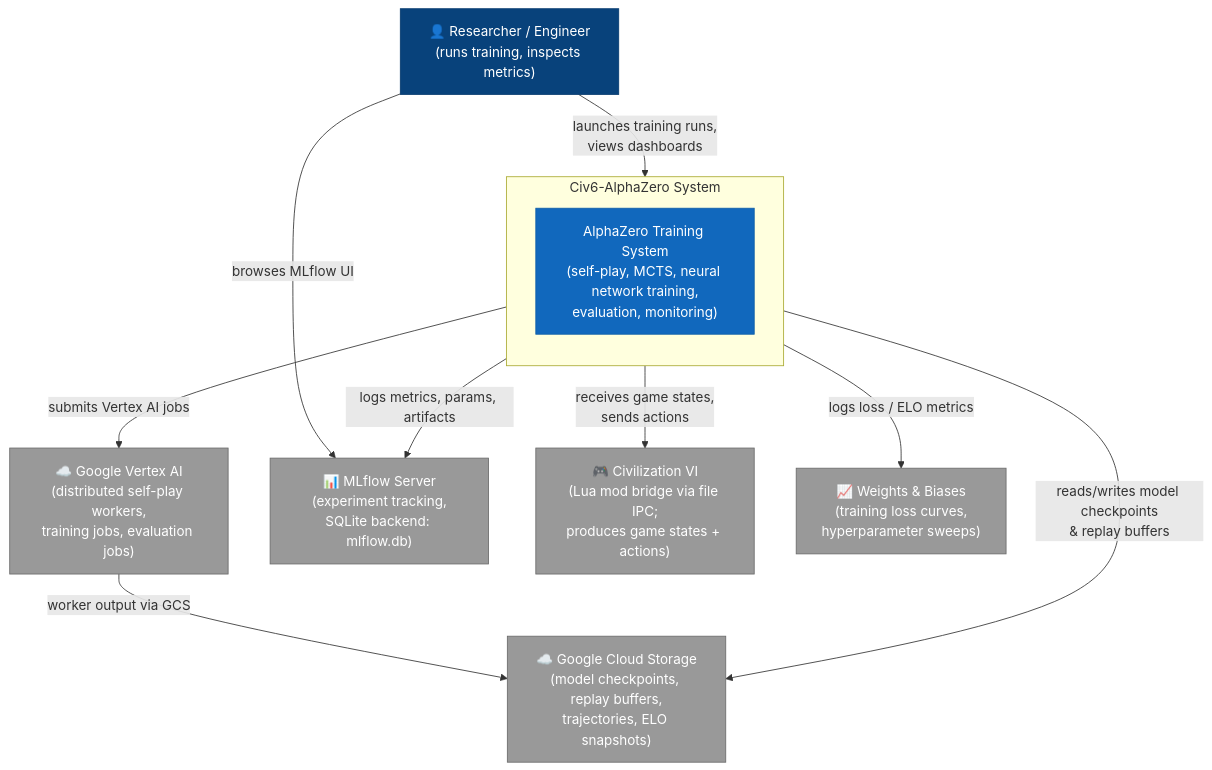
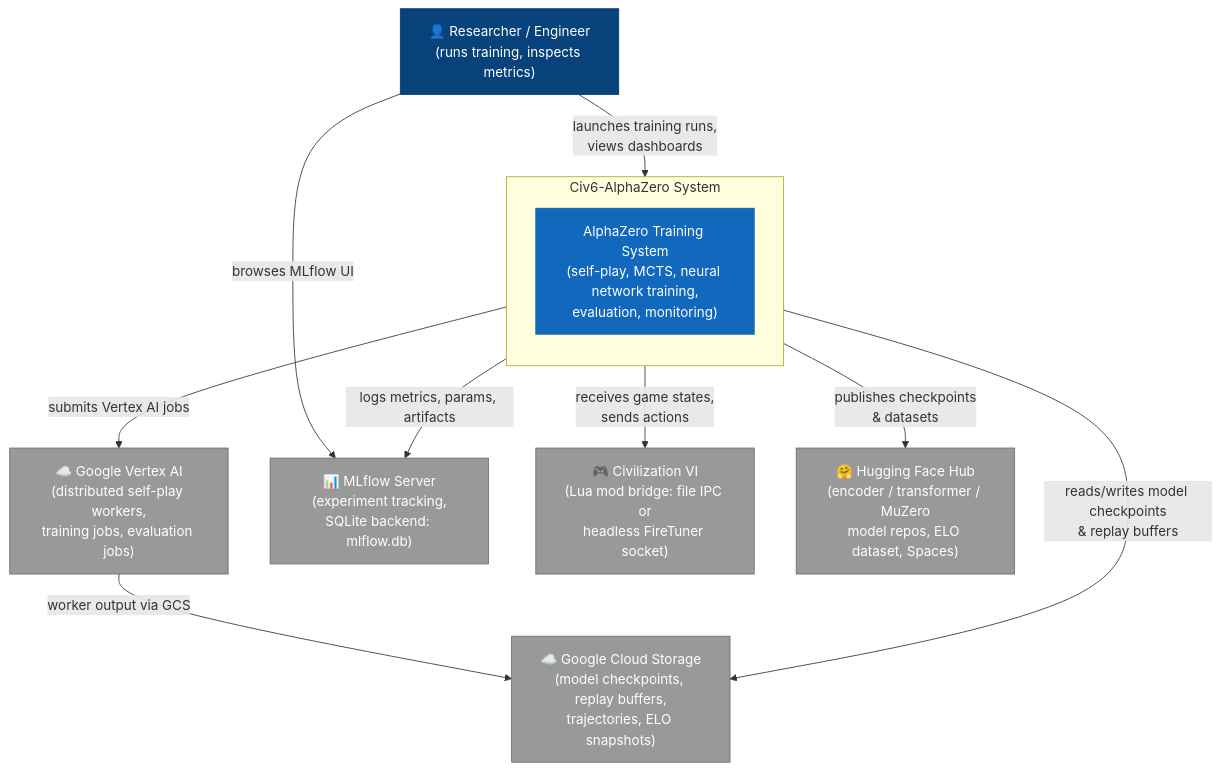
One commit to Mango-Metrics-NLM/Civ6-AlphaZero changed the first of 6 diagrams in docs/architecture/C4_ARCHITECTURE.md. Above: the diagram before and after it, drawn with Mermaid. The commit also changed other lines of this file and 11 other files, not shown here.

````diff
--- a/docs/architecture/C4_ARCHITECTURE.md
+++ b/docs/architecture/C4_ARCHITECTURE.md
@@ -12,28 +12,28 @@
 ```mermaid
 flowchart TB
     classDef person fill:#08427B,color:#fff,stroke:#073B6F
     classDef system fill:#1168BD,color:#fff,stroke:#0E5EA8
     classDef external fill:#999,color:#fff,stroke:#6B6B6B
 
     User["👤 Researcher / Engineer\n(runs training, inspects metrics)"]:::person
 
     subgraph CIV6AZ["Civ6-AlphaZero System"]
         direction TB
         Core["AlphaZero Training System\n(self-play, MCTS, neural network training,\nevaluation, monitoring)"]:::system
     end
 
     GCS["☁️ Google Cloud Storage\n(model checkpoints, replay buffers,\ntrajectories, ELO snapshots)"]:::external
     VertexAI["☁️ Google Vertex AI\n(distributed self-play workers,\ntraining jobs, evaluation jobs)"]:::external
     MLflowServer["📊 MLflow Server\n(experiment tracking,\nSQLite backend: mlflow.db)"]:::external
-    Civ6Game["🎮 Civilization VI\n(Lua mod bridge via file IPC;\nproduces game states + actions)"]:::external
-    WandB["📈 Weights & Biases\n(training loss curves,\nhyperparameter sweeps)"]:::external
+    Civ6Game["🎮 Civilization VI\n(Lua mod bridge: file IPC or\nheadless FireTuner socket)"]:::external
+    HFHub["🤗 Hugging Face Hub\n(encoder / transformer / MuZero\nmodel repos, ELO dataset, Spaces)"]:::external
 
     User -->|"launches training runs,\nviews dashboards"| Core
     Core -->|"reads/writes model checkpoints\n& replay buffers"| GCS
     Core -->|"submits Vertex AI jobs"| VertexAI
     VertexAI -->|"worker output via GCS"| GCS
     Core -->|"logs metrics, params, artifacts"| MLflowServer
     Core -->|"receives game states,\nsends actions"| Civ6Game
-    Core -->|"logs loss / ELO metrics"| WandB
+    Core -->|"publishes checkpoints\n& datasets"| HFHub
     User -->|"browses MLflow UI"| MLflowServer
 ```
````
